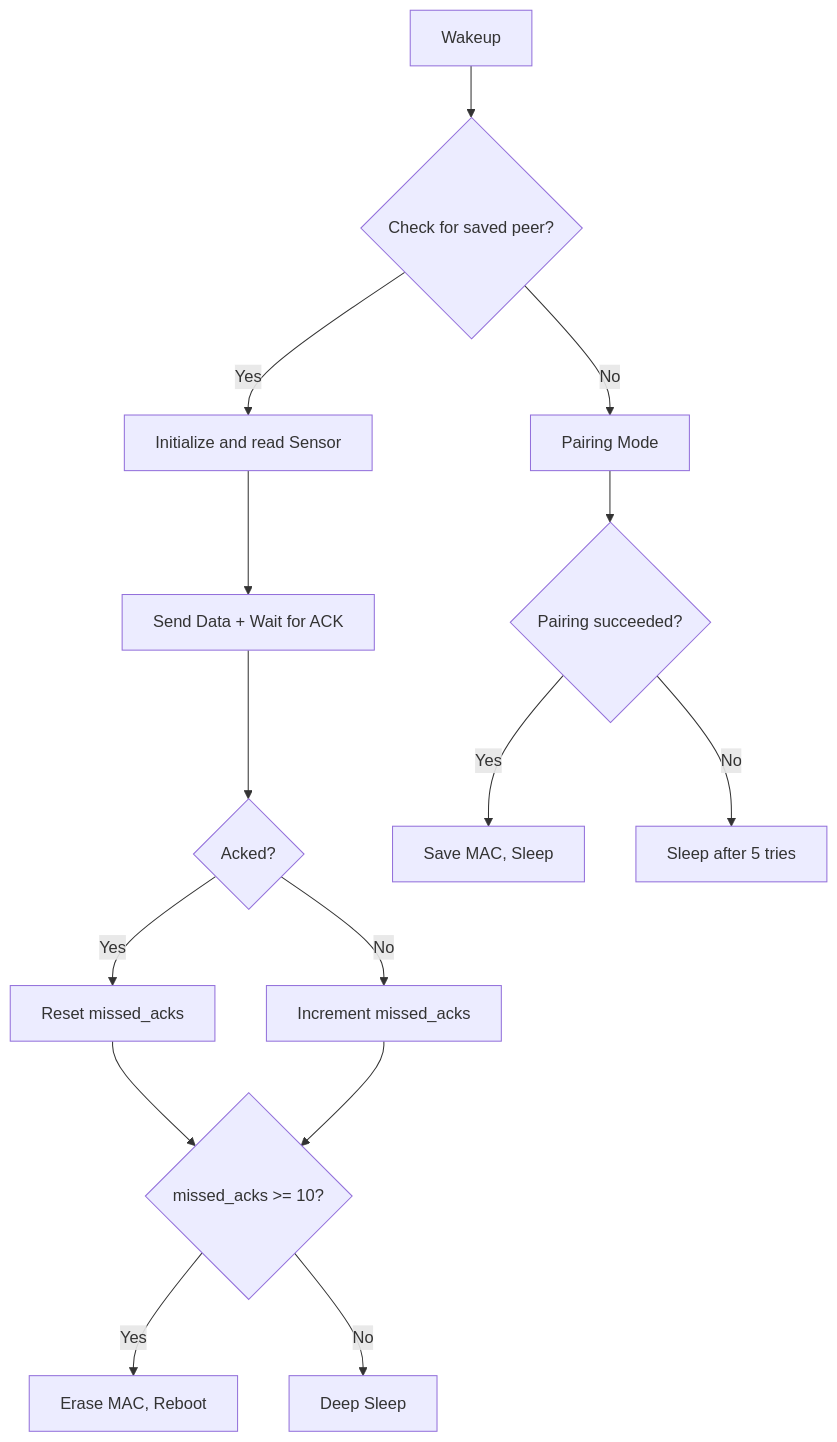
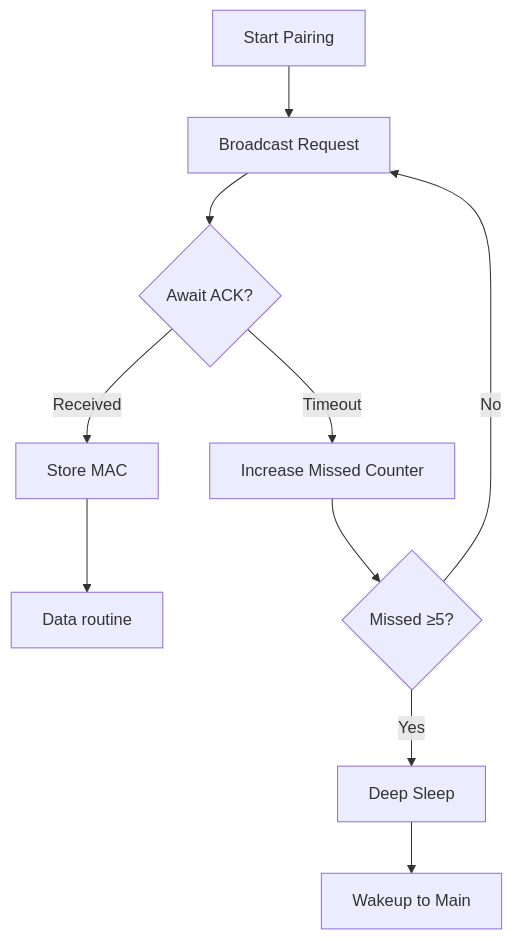
The second of 3 diagrams in zenith-node/readme.md (oisteink/zenith), drawn with Mermaid before and after one commit. The commit also changed other lines of this file, not shown here.

````diff
--- a/zenith-node/readme.md
+++ b/zenith-node/readme.md
@@ -5,16 +21,12 @@
 ```mermaid
 graph TD
-    A[Wakeup] --> B{Check for saved peer?}
-    B -->|No| C[Pairing Mode]
-    B -->|Yes| D[Initialize and read Sensor]
-    D --> E[Send Data + Wait for ACK]
-    E --> F{Acked?}
-    F -->|Yes| G[Reset missed_acks]
-    F -->|No| H[Increment missed_acks]
-    G & H --> I{missed_acks >= 10?}
-    I -->|Yes| J[Erase MAC, Reboot]
-    I -->|No| K[Deep Sleep]
-    C --> L{Pairing succeeded?}
-    L -->|Yes| M[Save MAC, Sleep]
-    L -->|No| N[Sleep after 5 tries]
+ A[Start Pairing] --> B[Broadcast Request]
+    B --> C{Await ACK?}
+    C -->|Received| D[Store MAC]
+    C -->|Timeout| E[Increase Missed Counter]
+    E --> F{Missed ≥5?}
+    F -->|Yes| G[Deep Sleep]
+    F -->|No| B
+    D --> H[Data routine]
+    G --> I[Wakeup to Main]
 ```
````
